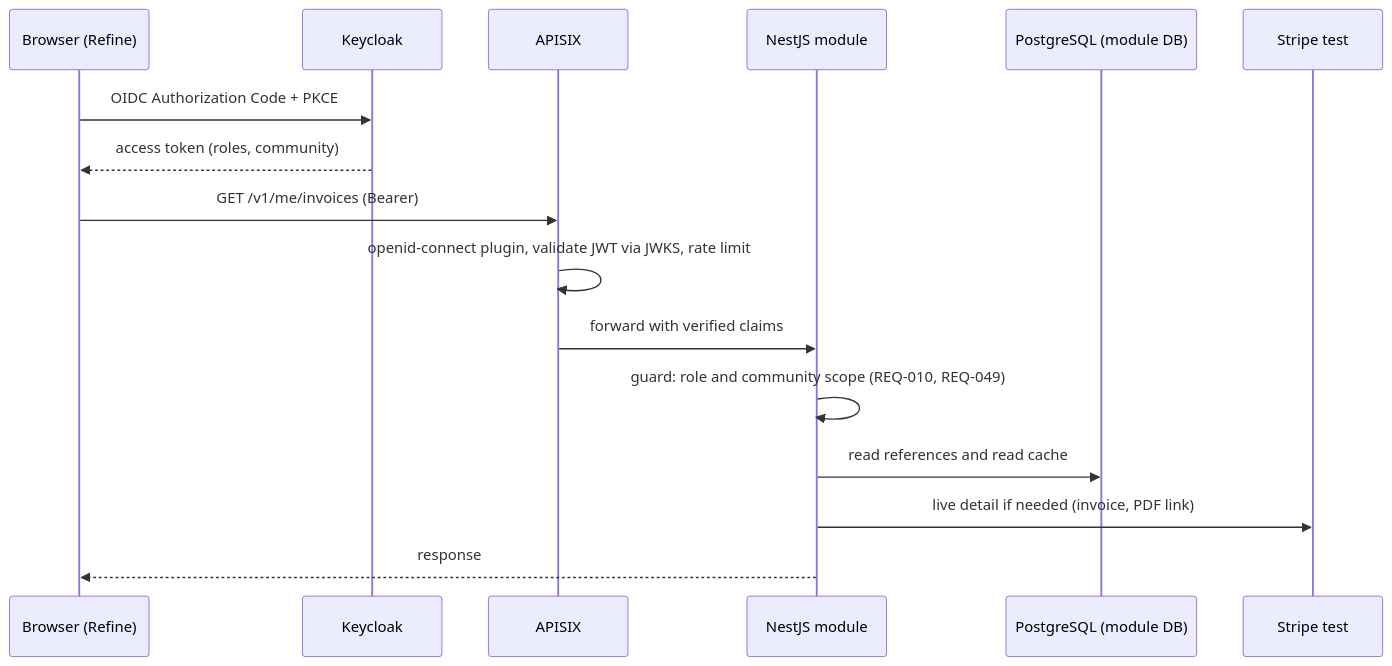
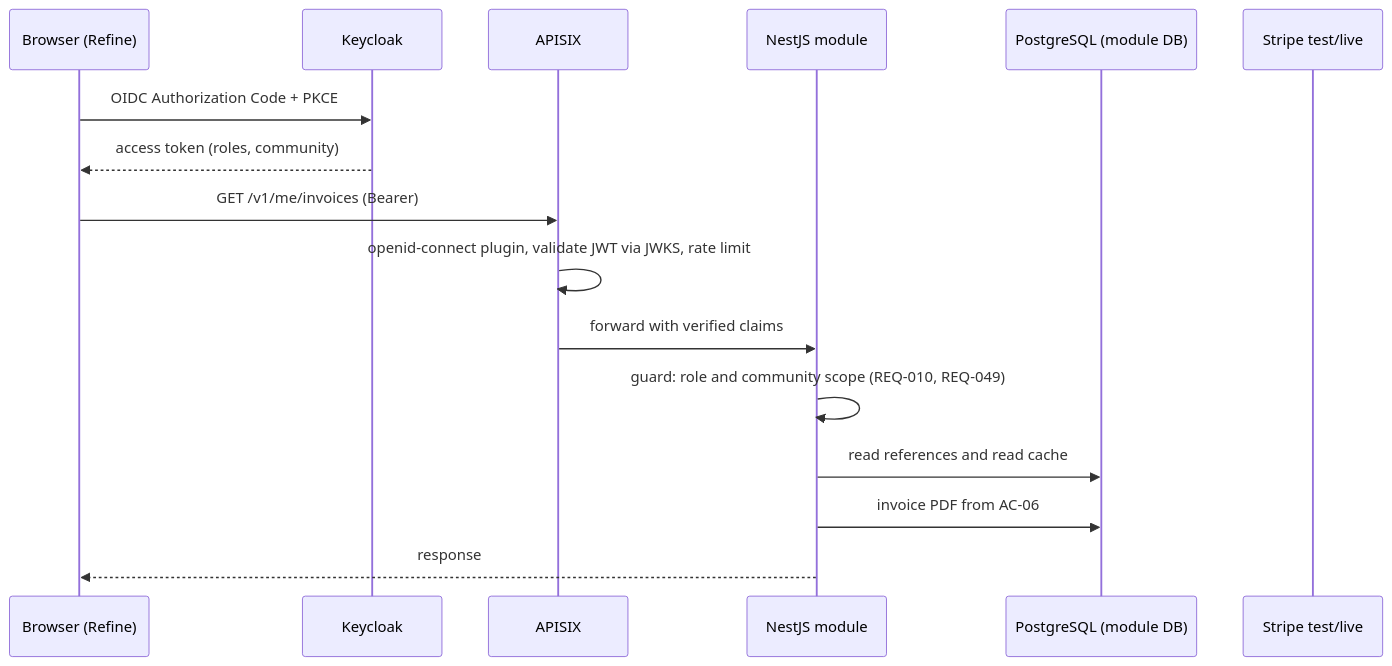
The second of 4 diagrams in docs/architecture/04-technical-architecture.md (blooo-io/intelligent-eu-bps-source), drawn with Mermaid before and after one commit. The commit also changed other lines of this file and 96 other files, not shown here.

````diff
--- a/docs/architecture/04-technical-architecture.md
+++ b/docs/architecture/04-technical-architecture.md
@@ -249,18 +250,18 @@
 ```mermaid
 sequenceDiagram
   participant B as Browser (Refine)
   participant KC as Keycloak
   participant GW as APISIX
   participant M as NestJS module
   participant DB as PostgreSQL (module DB)
-  participant ST as Stripe test
+  participant ST as Stripe test/live
   B->>KC: OIDC Authorization Code + PKCE
   KC-->>B: access token (roles, community)
   B->>GW: GET /v1/me/invoices (Bearer)
   GW->>GW: openid-connect plugin, validate JWT via JWKS, rate limit
   GW->>M: forward with verified claims
   M->>M: guard: role and community scope (REQ-010, REQ-049)
   M->>DB: read references and read cache
-  M->>ST: live detail if needed (invoice, PDF link)
+  M->>DB: invoice PDF from AC-06
   M-->>B: response
 ```
````
